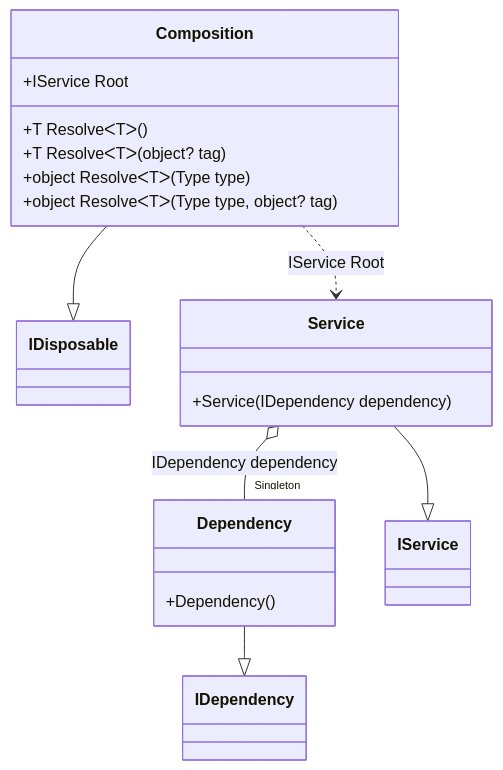
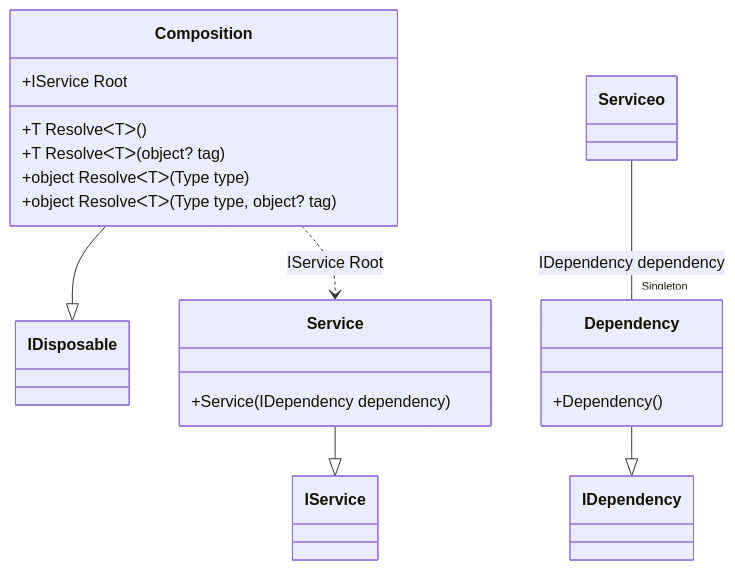
The ninth of 33 diagrams in readme/Examples.md (DevTeam/Pure.DI), drawn with Mermaid before and after one commit. The commit also changed other lines of this file and 17 other files, not shown here.

````diff
--- a/readme/Examples.md
+++ b/readme/Examples.md
@@ -651,21 +650,21 @@
 ```mermaid
 classDiagram
 class Composition {
 +IService Root
 +T ResolveᐸTᐳ()
 +T ResolveᐸTᐳ(object? tag)
 +object ResolveᐸTᐳ(Type type)
 +object ResolveᐸTᐳ(Type type, object? tag)
 }
 Composition --|> IDisposable
 Dependency --|> IDependency : 
 class Dependency {
 +Dependency()
 }
 Service --|> IService : 
 class Service {
 +Service(IDependency dependency)
 }
 Composition ..> Service : IService Root
-Service o-- "Singleton" Dependency : IDependency dependency
+Serviceo-- "Singleton" Dependency : IDependency dependency
 ```
````
